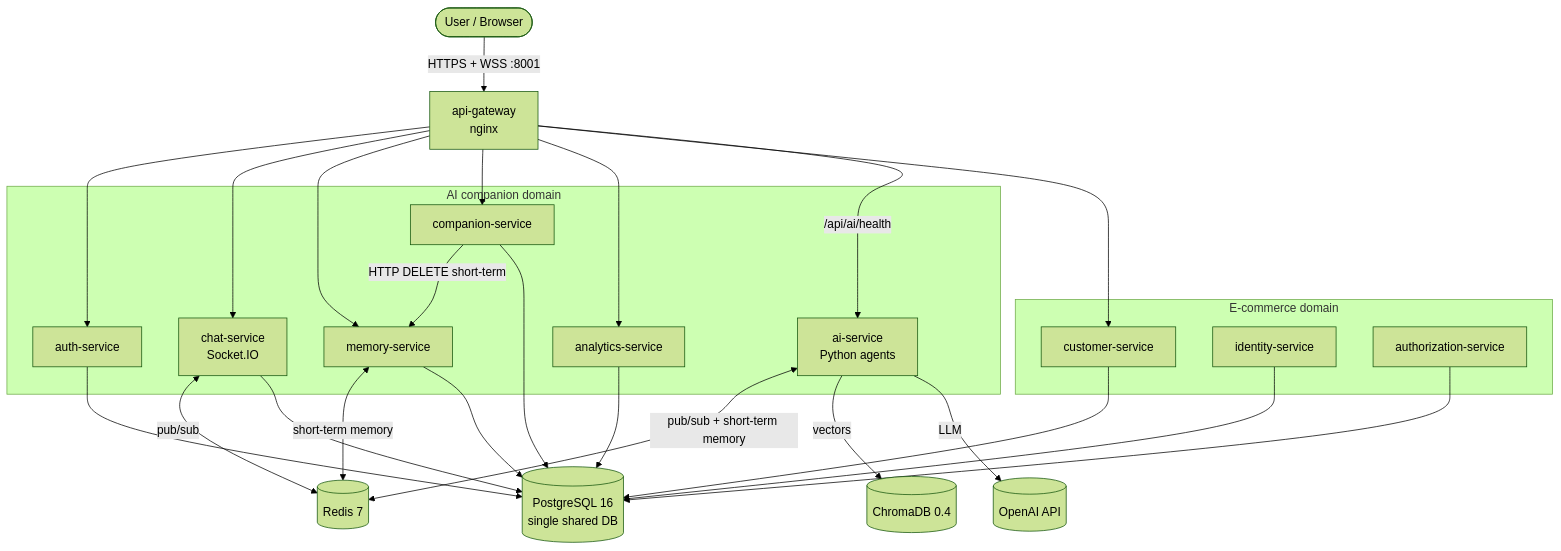
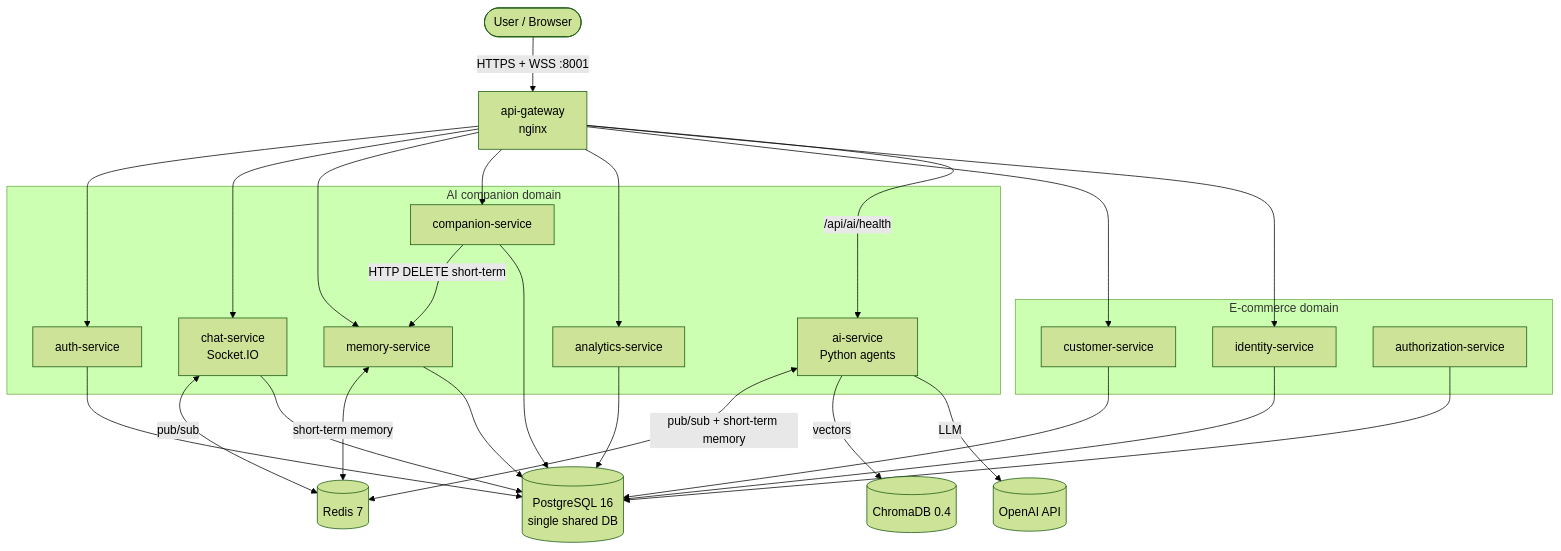
One commit to master-node1/the-aura-lab changed the first of 5 diagrams in services/README.md. Above: the diagram before and after it, drawn with Mermaid (forest theme). The commit also changed other lines of this file and 68 other files, not shown here.

````diff
--- a/services/README.md
+++ b/services/README.md
@@ -50,31 +52,31 @@
 ```mermaid
 flowchart TB
     U([User / Browser]) -->|HTTPS + WSS :8001| GW[api-gateway<br/>nginx]
 
     subgraph Companion[AI companion domain]
         AUTH[auth-service]
         CHAT[chat-service<br/>Socket.IO]
         MEM[memory-service]
         COMP[companion-service]
         AN[analytics-service]
         AI[ai-service<br/>Python agents]
     end
 
     subgraph Commerce[E-commerce domain]
         CUST[customer-service]
         ID[identity-service]
         AZ[authorization-service]
     end
 
-    GW --> AUTH & CHAT & MEM & COMP & AN & CUST
+    GW --> AUTH & CHAT & MEM & COMP & AN & CUST & ID
     GW -->|/api/ai/health| AI
 
     CHAT <-->|pub/sub| REDIS[(Redis 7)]
     AI <-->|pub/sub + short-term memory| REDIS
     MEM <-->|short-term memory| REDIS
     AI -->|vectors| CHROMA[(ChromaDB 0.4)]
     AI -->|LLM| OPENAI[(OpenAI API)]
     COMP -->|HTTP DELETE short-term| MEM
 
     AUTH & CHAT & MEM & COMP & AN & CUST & ID & AZ --> PG[(PostgreSQL 16<br/>single shared DB)]
 ```
````
